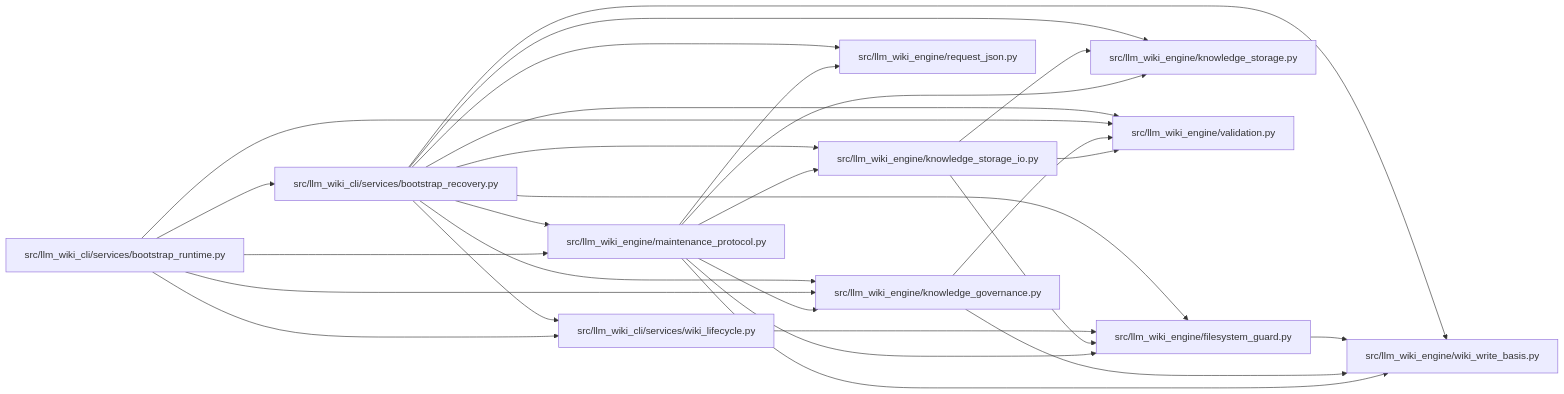
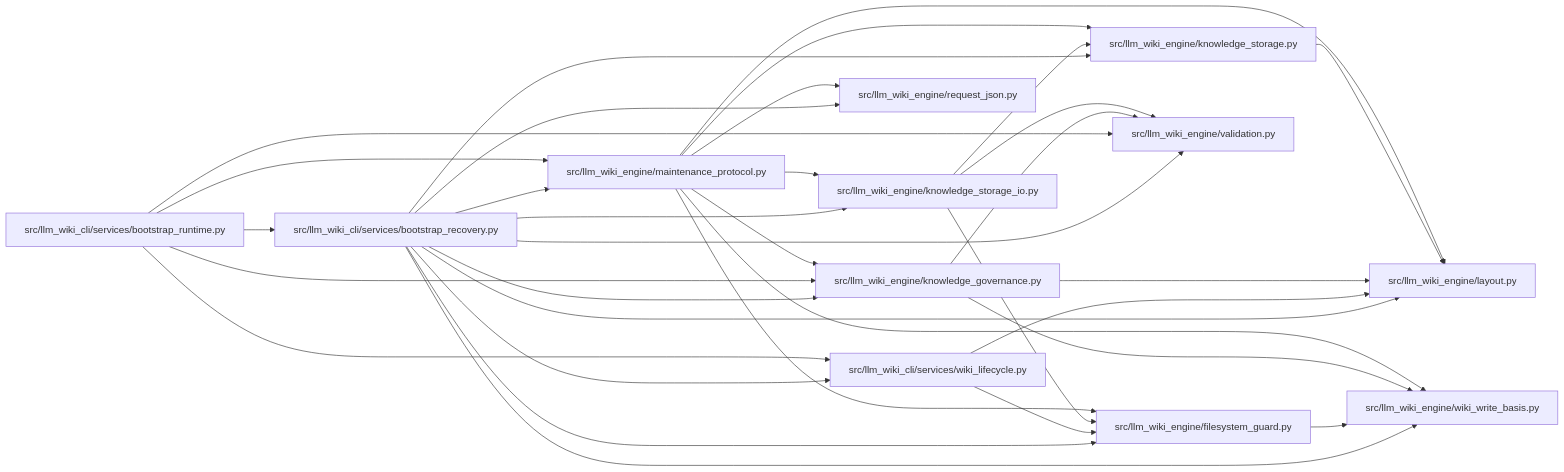
The diagram in docs/llm_wiki/modules/bootstrap_recovery.md (Denissvgn/python-wiki-llm), drawn with Mermaid before and after one commit. The commit also changed other lines of this file and 869 other files, not shown here.

Commit message:
docs: refresh the wiki for the engine layout and producer opt-in

````diff
--- a/docs/llm_wiki/modules/bootstrap_recovery.md
+++ b/docs/llm_wiki/modules/bootstrap_recovery.md
@@ -33,52 +34,59 @@
 ```mermaid
 flowchart LR
     n0["src/llm_wiki_cli/services/bootstrap_recovery.py"]
     n1["src/llm_wiki_cli/services/bootstrap_runtime.py"]
     n2["src/llm_wiki_cli/services/wiki_lifecycle.py"]
     n3["src/llm_wiki_engine/filesystem_guard.py"]
     n4["src/llm_wiki_engine/knowledge_governance.py"]
     n5["src/llm_wiki_engine/knowledge_storage.py"]
     n6["src/llm_wiki_engine/knowledge_storage_io.py"]
-    n7["src/llm_wiki_engine/maintenance_protocol.py"]
-    n8["src/llm_wiki_engine/request_json.py"]
-    n9["src/llm_wiki_engine/validation.py"]
-    n10["src/llm_wiki_engine/wiki_write_basis.py"]
+    n7["src/llm_wiki_engine/layout.py"]
+    n8["src/llm_wiki_engine/maintenance_protocol.py"]
+    n9["src/llm_wiki_engine/request_json.py"]
+    n10["src/llm_wiki_engine/validation.py"]
+    n11["src/llm_wiki_engine/wiki_write_basis.py"]
     n0 --> n2
     n0 --> n3
     n0 --> n4
     n0 --> n5
     n0 --> n6
     n0 --> n7
     n0 --> n8
     n0 --> n9
     n0 --> n10
+    n0 --> n11
     n1 --> n0
     n1 --> n2
     n1 --> n4
-    n1 --> n7
-    n1 --> n9
+    n1 --> n8
+    n1 --> n10
     n2 --> n3
-    n3 --> n10
-    n4 --> n9
+    n2 --> n7
+    n3 --> n11
+    n4 --> n7
     n4 --> n10
+    n4 --> n11
+    n5 --> n7
     n6 --> n3
     n6 --> n5
-    n6 --> n9
-    n7 --> n3
-    n7 --> n4
-    n7 --> n5
-    n7 --> n6
-    n7 --> n8
-    n7 --> n10
+    n6 --> n10
+    n8 --> n3
+    n8 --> n4
+    n8 --> n5
+    n8 --> n6
+    n8 --> n7
+    n8 --> n9
+    n8 --> n11
     click n0 "../modules/bootstrap_recovery.md"
     click n1 "../modules/bootstrap_runtime.md"
     click n2 "../modules/wiki_lifecycle.md"
     click n3 "../modules/filesystem_guard.md"
     click n4 "../modules/knowledge_governance.md"
     click n5 "../modules/knowledge_storage.md"
     click n6 "../modules/knowledge_storage_io.md"
-    click n7 "../modules/maintenance_protocol.md"
-    click n8 "../modules/request_json.md"
-    click n9 "../modules/validation.md"
-    click n10 "../modules/wiki_write_basis.md"
+    click n7 "../modules/layout.md"
+    click n8 "../modules/maintenance_protocol.md"
+    click n9 "../modules/request_json.md"
+    click n10 "../modules/validation.md"
+    click n11 "../modules/wiki_write_basis.md"
 ```
````
